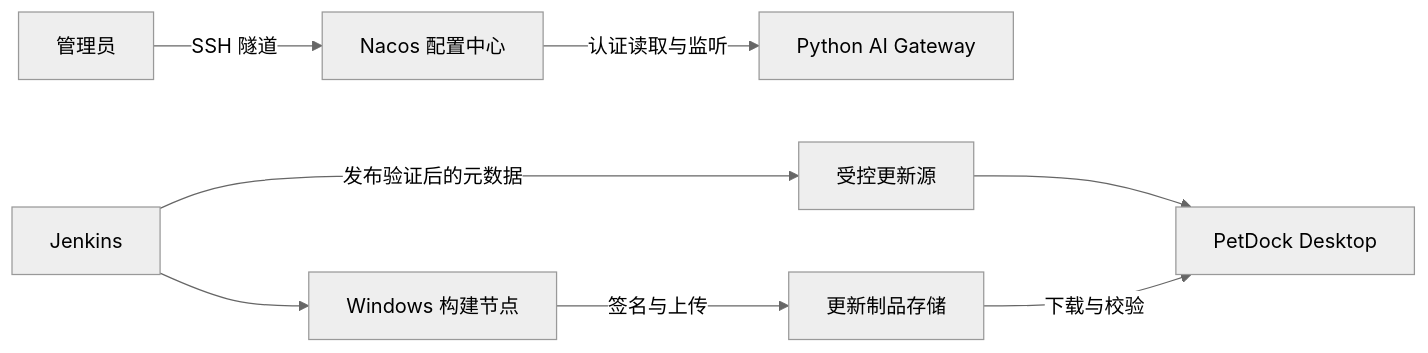
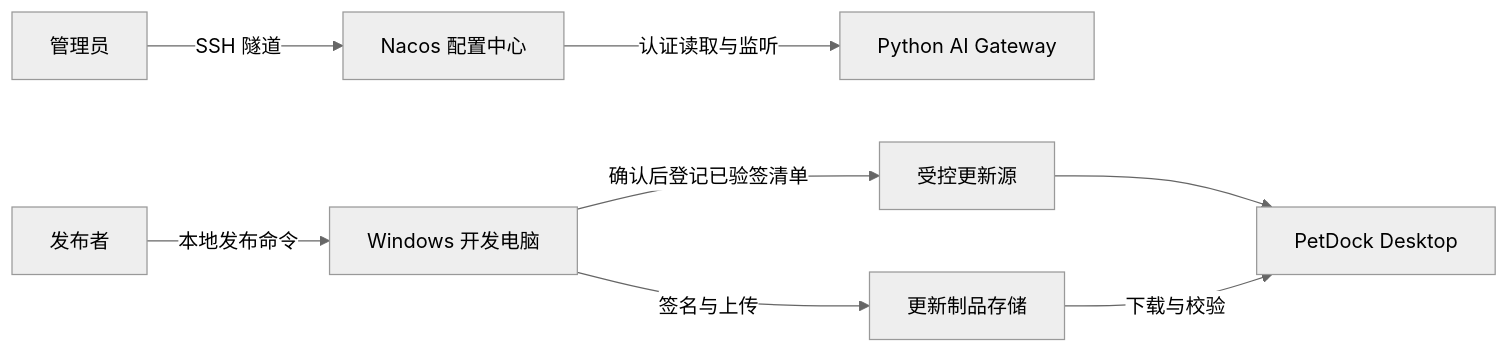
The diagram in docs/plans/NACOS_AND_DESKTOP_AUTO_UPDATE_PLAN.md (xrrii/desktop-pet), drawn with Mermaid (neutral theme) before and after one commit. The commit also changed other lines of this file and 6 other files, not shown here.

````diff
--- a/docs/plans/NACOS_AND_DESKTOP_AUTO_UPDATE_PLAN.md
+++ b/docs/plans/NACOS_AND_DESKTOP_AUTO_UPDATE_PLAN.md
@@ -64,10 +64,10 @@
 ```mermaid
 flowchart LR
   Admin[管理员] -->|SSH 隧道| Nacos[Nacos 配置中心]
   Nacos -->|认证读取与监听| Gateway[Python AI Gateway]
-  Jenkins[Jenkins] --> Win[Windows 构建节点]
+  Publisher[发布者] -->|本地发布命令| Win[Windows 开发电脑]
   Win -->|签名与上传| Storage[更新制品存储]
-  Jenkins -->|发布验证后的元数据| Feed[受控更新源]
+  Win -->|确认后登记已验签清单| Feed[受控更新源]
   Feed --> Desktop[PetDock Desktop]
   Storage -->|下载与校验| Desktop
 ```
````
